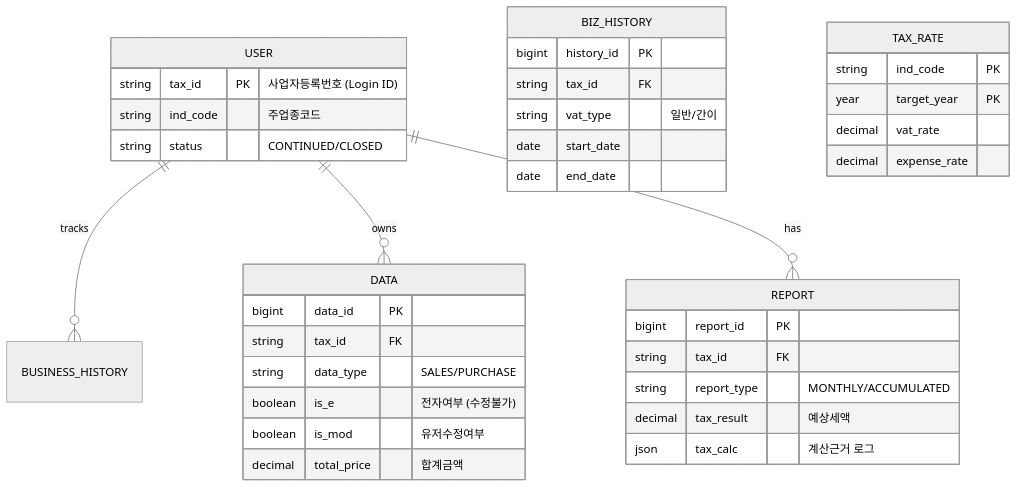
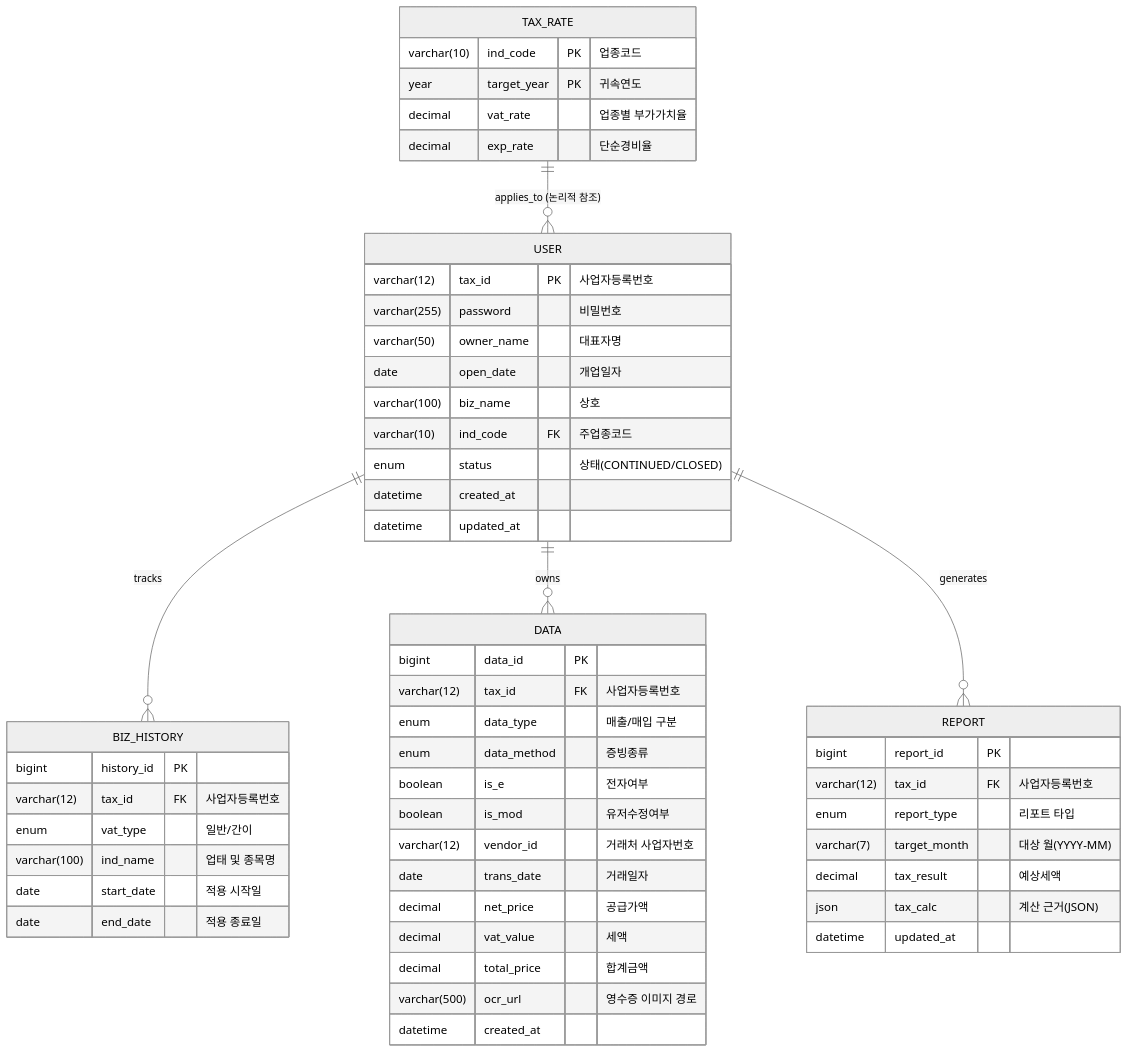
Before and after one commit to solkim7612/BizReport: the second of 3 diagrams in README.md, drawn with Mermaid (neutral theme).

````diff
--- a/README.md
+++ b/README.md
@@ -65,40 +65,61 @@
 ```mermaid
 erDiagram
-USER ||--o{ BUSINESS_HISTORY : "tracks"
-USER ||--o{ DATA : "owns"
-USER ||--o{ REPORT : "has"
+    TAX_RATE ||--o{ USER : "applies_to (논리적 참조)"
+    USER ||--o{ BIZ_HISTORY : "tracks"
+    USER ||--o{ DATA : "owns"
+    USER ||--o{ REPORT : "generates"
+
+    TAX_RATE {
+        varchar(10) ind_code PK "업종코드"
+        year target_year PK "귀속연도"
+        decimal vat_rate "업종별 부가가치율"
+        decimal exp_rate "단순경비율"
+    }
 
     USER {
-        string tax_id PK "사업자등록번호 (Login ID)"
-        string ind_code "주업종코드"
-        string status "CONTINUED/CLOSED"
+        varchar(12) tax_id PK "사업자등록번호"
+        varchar(255) password "비밀번호"
+        varchar(50) owner_name "대표자명"
+        date open_date "개업일자"
+        varchar(100) biz_name "상호"
+        varchar(10) ind_code FK "주업종코드"
+        enum status "상태(CONTINUED/CLOSED)"
+        datetime created_at 
+        datetime updated_at 
     }
+
     BIZ_HISTORY {
-        bigint history_id PK
-        string tax_id FK
-        string vat_type "일반/간이"
-        date start_date
-        date end_date
+        bigint history_id PK 
+        varchar(12) tax_id FK "사업자등록번호"
+        enum vat_type "일반/간이"
+        varchar(100) ind_name "업태 및 종목명"
+        date start_date "적용 시작일"
+        date end_date "적용 종료일"
     }
+
     DATA {
-        bigint data_id PK
-        string tax_id FK
-        string data_type "SALES/PURCHASE"
-        boolean is_e "전자여부 (수정불가)"
+        bigint data_id PK 
+        varchar(12) tax_id FK "사업자등록번호"
+        enum data_type "매출/매입 구분"
+        enum data_method "증빙종류"
+        boolean is_e "전자여부"
         boolean is_mod "유저수정여부"
+        varchar(12) vendor_id "거래처 사업자번호"
+        date trans_date "거래일자"
+        decimal net_price "공급가액"
+        decimal vat_value "세액"
         decimal total_price "합계금액"
+        varchar(500) ocr_url "영수증 이미지 경로"
+        datetime created_at 
     }
+
     REPORT {
-        bigint report_id PK
-        string tax_id FK
-        string report_type "MONTHLY/ACCUMULATED"
+        bigint report_id PK 
+        varchar(12) tax_id FK "사업자등록번호"
+        enum report_type "리포트 타입"
+        varchar(7) target_month "대상 월(YYYY-MM)"
         decimal tax_result "예상세액"
-        json tax_calc "계산근거 로그"
-    }
-    TAX_RATE {
-        string ind_code PK
-        year target_year PK
-        decimal vat_rate
-        decimal expense_rate
+        json tax_calc "계산 근거(JSON)"
+        datetime updated_at 
     }
 ```
````
